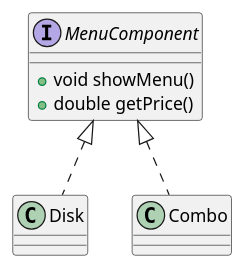
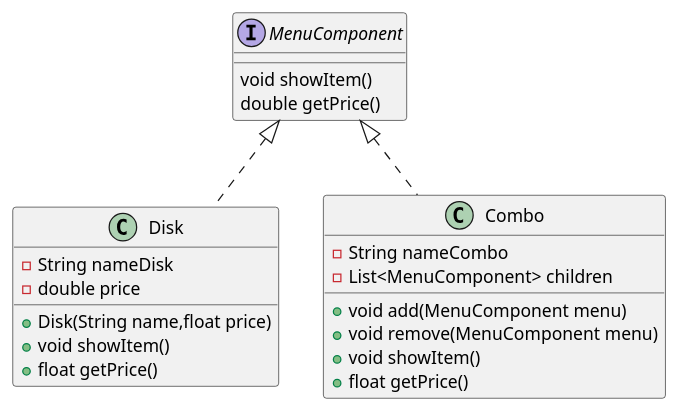
Before and after one commit to leviha1702/65130734_KTVTKPM: the diagram in src/structural/composite/menu/menu_diagram.puml, drawn with PlantUML. The commit also changed 17 other files, not shown here.

```diff
--- a/src/structural/composite/menu/menu_diagram.puml
+++ b/src/structural/composite/menu/menu_diagram.puml
@@ -1,17 +1,29 @@
 @startuml
 'https://plantuml.com/sequence-diagram
 
 interface MenuComponent {
-    +void showMenu()
-    +double getPrice()
+    void showItem()
+    double getPrice()
 }
 
-class Disk {}
+class Disk {
+    -String nameDisk
+    -double price
+    +Disk(String name,float price)
+    +void showItem()
+    +float getPrice()
+}
 
 class Combo {
+    -String nameCombo
+    -List<MenuComponent> children
+    +void add(MenuComponent menu)
+    +void remove(MenuComponent menu)
+    +void showItem()
+    +float getPrice()
 
 }
 
 MenuComponent<|.. Disk
 MenuComponent<|.. Combo
 @enduml
```
